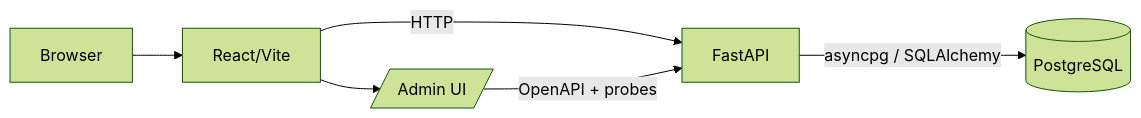
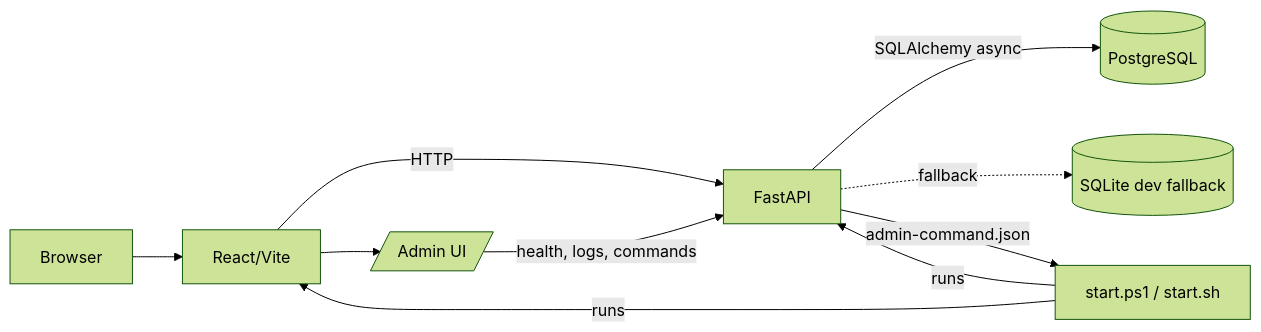
The first of 3 diagrams in README.md (aske312/project_403), drawn with Mermaid (forest theme) before and after one commit. The commit also changed other lines of this file and 29 other files, not shown here.

````diff
--- a/README.md
+++ b/README.md
@@ -215,8 +250,12 @@
 ```mermaid
 flowchart LR
     Browser[Browser] --> Frontend[React/Vite]
     Frontend -->|HTTP| Backend[FastAPI]
-    Backend -->|asyncpg / SQLAlchemy| DB[(PostgreSQL)]
+    Backend -->|SQLAlchemy async| DB[(PostgreSQL)]
+    Backend -.fallback.-> SQLite[(SQLite dev fallback)]
     Frontend --> Admin[/Admin UI/]
-    Admin -->|OpenAPI + probes| Backend
+    Admin -->|health, logs, commands| Backend
+    Scripts[start.ps1 / start.sh] -->|runs| Backend
+    Scripts -->|runs| Frontend
+    Backend -->|admin-command.json| Scripts
 ```
````
